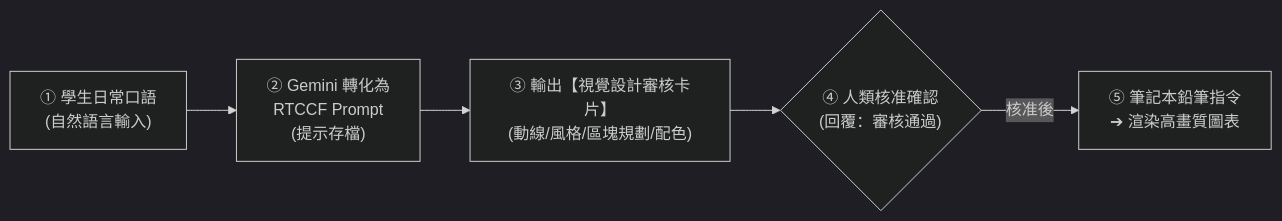
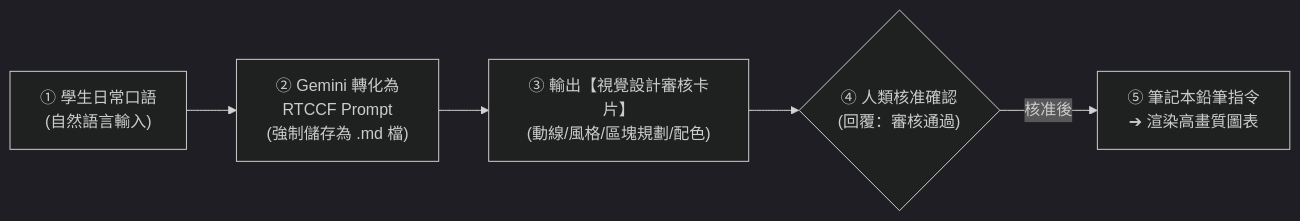
One commit to roberthsu2003/workflow-productivity changed the diagram in 常見的AI應用/Gemini辦公室全能應用/全自動資訊圖表的生成.md. Above: the diagram before and after it, drawn with Mermaid (dark theme). The commit also changed other lines of this file and 4 other files, not shown here.

````diff
--- a/常見的AI應用/Gemini辦公室全能應用/全自動資訊圖表的生成.md
+++ b/常見的AI應用/Gemini辦公室全能應用/全自動資訊圖表的生成.md
@@ -12,7 +12,7 @@
 ```mermaid
 flowchart LR
-    A["① 學生日常口語\n(自然語言輸入)"] --> B["② Gemini 轉化為\nRTCCF Prompt\n(提示存檔)"]
+    A["① 學生日常口語\n(自然語言輸入)"] --> B["② Gemini 轉化為\nRTCCF Prompt\n(強制儲存為 .md 檔)"]
     B --> C["③ 輸出【視覺設計審核卡片】\n(動線/風格/區塊規劃/配色)"]
     C --> D{"④ 人類核准確認\n(回覆：審核通過)"}
     D -->|核准後| E["⑤ 筆記本鉛筆指令\n➔ 渲染高畫質圖表"]
 ```
````
